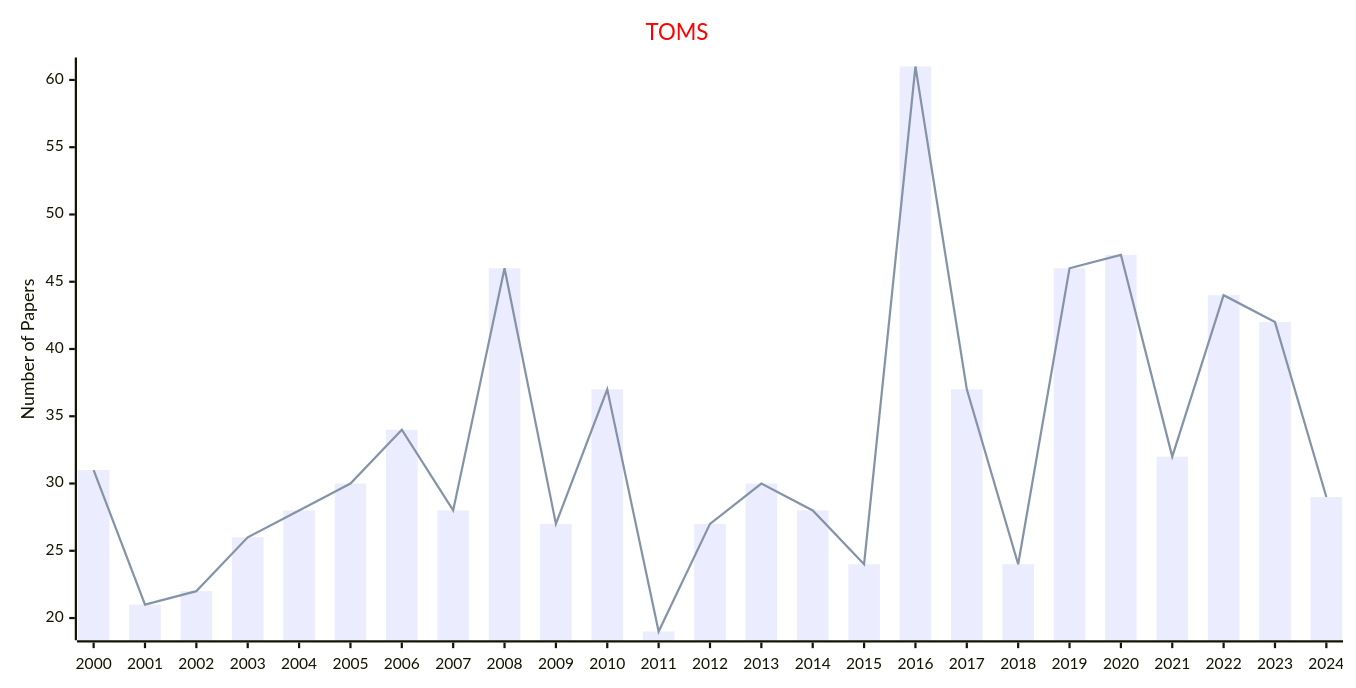
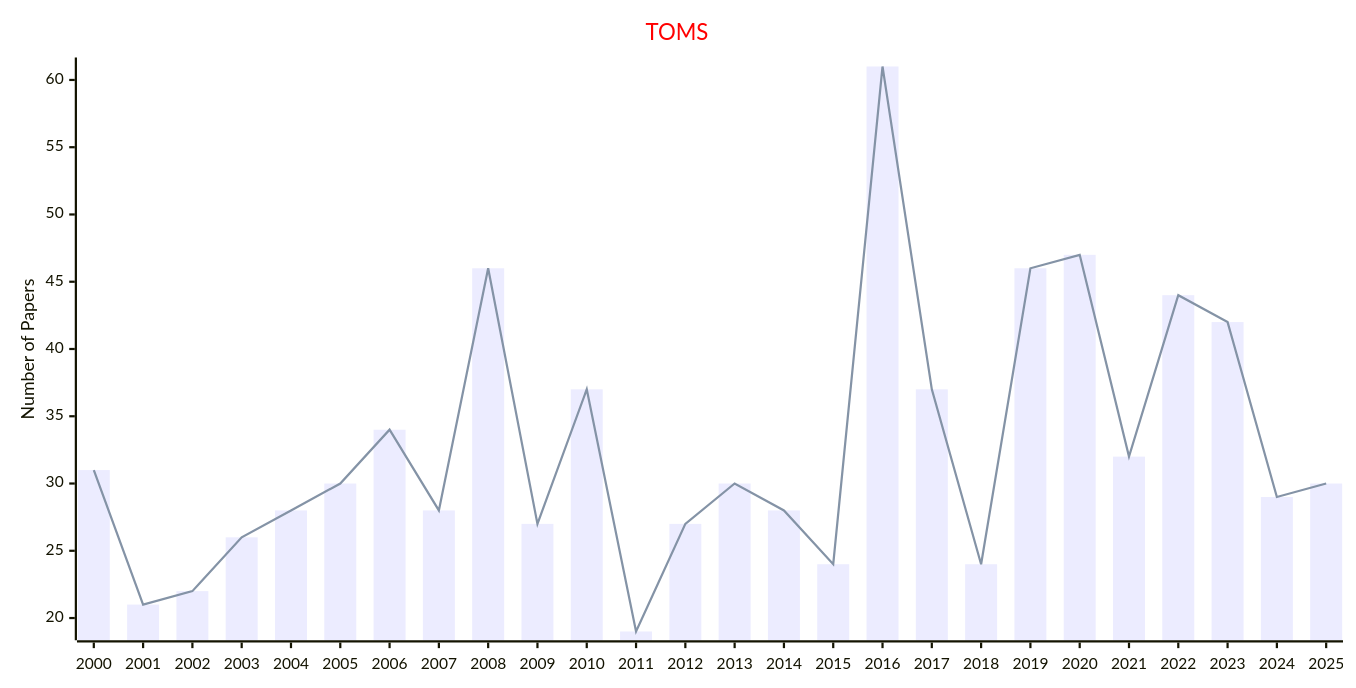
One commit to Easy-PhD/AILinks changed the diagram in docs/data/Journals/Statistics_Journals/Mathematical_Software.md. Above: the diagram before and after it, drawn with Mermaid. The commit also changed 93 other files, not shown here.

````diff
--- a/docs/data/Journals/Statistics_Journals/Mathematical_Software.md
+++ b/docs/data/Journals/Statistics_Journals/Mathematical_Software.md
@@ -9,17 +9,17 @@
 ```mermaid
 ---
 config:
     xyChart:
         width: 1200
         height: 600
     themeVariables:
         xyChart:
             titleColor: "#ff0000"
 ---
 xychart-beta
     title "TOMS"
-    x-axis [2000, 2001, 2002, 2003, 2004, 2005, 2006, 2007, 2008, 2009, 2010, 2011, 2012, 2013, 2014, 2015, 2016, 2017, 2018, 2019, 2020, 2021, 2022, 2023, 2024]
+    x-axis [2000, 2001, 2002, 2003, 2004, 2005, 2006, 2007, 2008, 2009, 2010, 2011, 2012, 2013, 2014, 2015, 2016, 2017, 2018, 2019, 2020, 2021, 2022, 2023, 2024, 2025]
     y-axis "Number of Papers"
-    bar [31, 21, 22, 26, 28, 30, 34, 28, 46, 27, 37, 19, 27, 30, 28, 24, 61, 37, 24, 46, 47, 32, 44, 42, 29]
-    line [31, 21, 22, 26, 28, 30, 34, 28, 46, 27, 37, 19, 27, 30, 28, 24, 61, 37, 24, 46, 47, 32, 44, 42, 29]
+    bar [31, 21, 22, 26, 28, 30, 34, 28, 46, 27, 37, 19, 27, 30, 28, 24, 61, 37, 24, 46, 47, 32, 44, 42, 29, 30]
+    line [31, 21, 22, 26, 28, 30, 34, 28, 46, 27, 37, 19, 27, 30, 28, 24, 61, 37, 24, 46, 47, 32, 44, 42, 29, 30]
 ```
````
